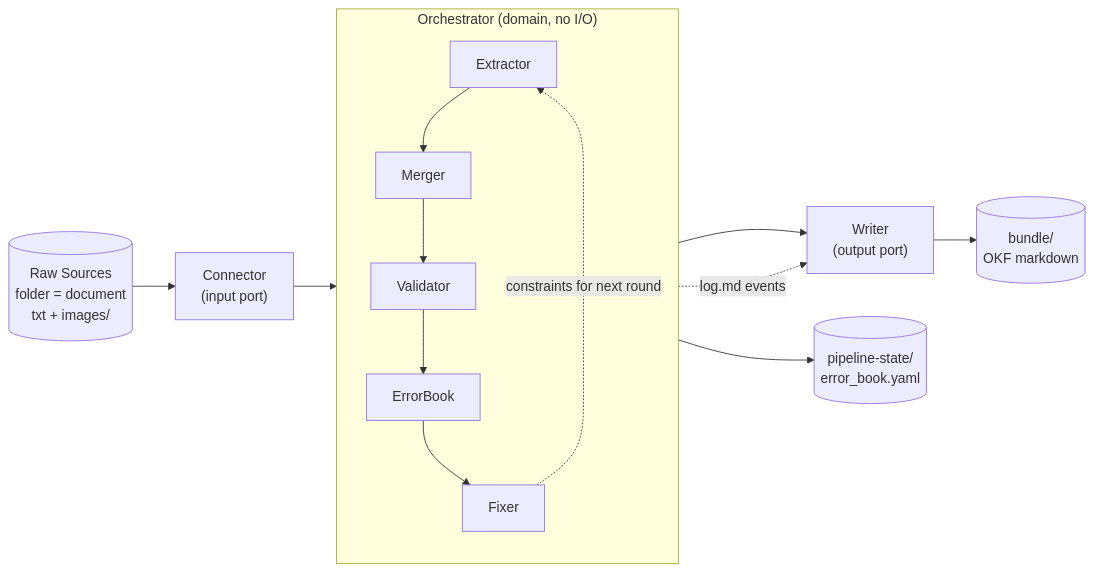
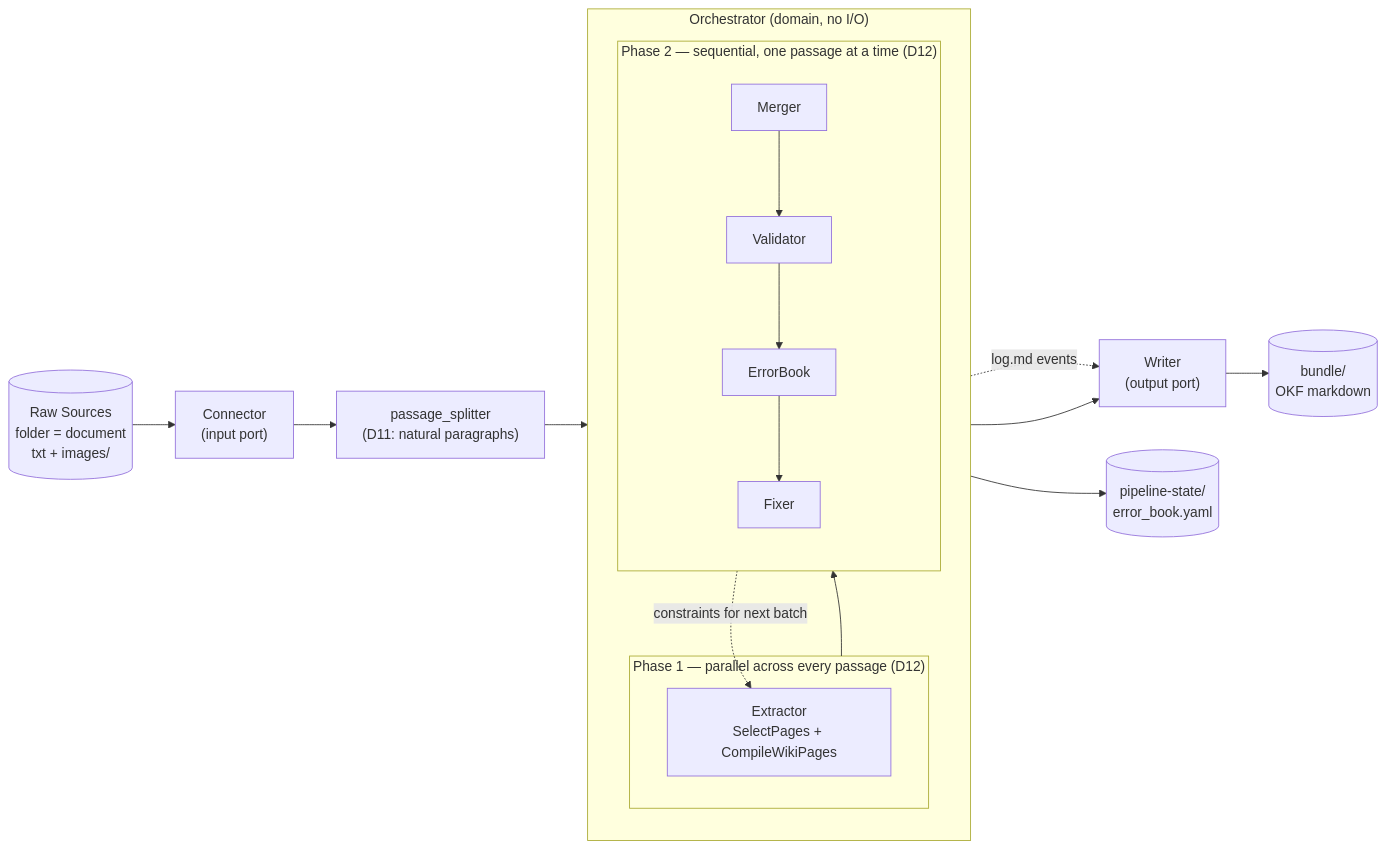
Before and after one commit to yuchengml/llm_yuki: the diagram in ARCHITECTURE.md, drawn with Mermaid. The commit also changed other lines of this file and 9 other files, not shown here.

First line of the commit message:
feat: implement D11 natural-paragraph splitting + D12 Phase 1/Phase 2 execution

````diff
--- a/ARCHITECTURE.md
+++ b/ARCHITECTURE.md
@@ -17,19 +17,26 @@
 ```mermaid
 flowchart LR
     RS[("Raw Sources<br/>folder = document<br/>txt + images/")] --> C["Connector<br/>(input port)"]
-    C --> O
+    C --> SPLIT["passage_splitter<br/>(D11: natural paragraphs)"]
+    SPLIT --> O
 
     subgraph O["Orchestrator (domain, no I/O)"]
         direction TB
-        EX["Extractor"] --> ME["Merger"]
-        ME --> VA["Validator"]
-        VA --> EB["ErrorBook"]
-        EB --> FX["Fixer"]
-        FX -. "constraints for next round" .-> EX
+        subgraph P1["Phase 1 — parallel across every passage (D12)"]
+            EX["Extractor<br/>SelectPages + CompileWikiPages"]
+        end
+        P1 --> P2
+        subgraph P2["Phase 2 — sequential, one passage at a time (D12)"]
+            direction TB
+            ME["Merger"] --> VA["Validator"]
+            VA --> EB["ErrorBook"]
+            EB --> FX["Fixer"]
+        end
+        FX -. "constraints for next batch" .-> EX
     end
 
-    ME --> W["Writer<br/>(output port)"]
+    P2 --> W["Writer<br/>(output port)"]
     EB -. "log.md events" .-> W
     W --> FS[("bundle/<br/>OKF markdown")]
-    EB --> PS[("pipeline-state/<br/>error_book.yaml")]
+    EB --> ST[("pipeline-state/<br/>error_book.yaml")]
 ```
````
